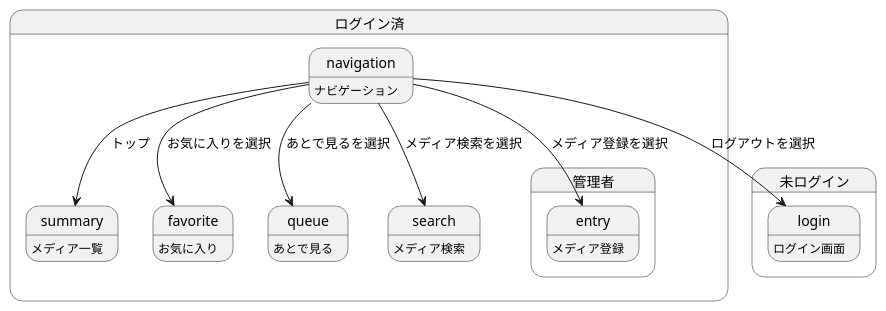
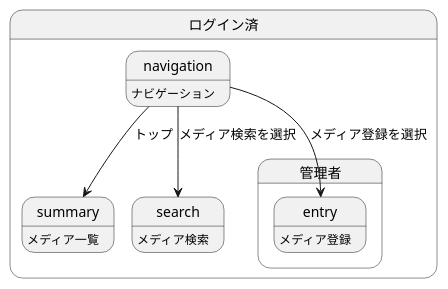
The diagram in doc/6_ui/flow/navigation.puml (hachimitu22/MangaViewer), drawn with PlantUML before and after one commit. The commit also changed 39 other files, not shown here.

```diff
--- a/doc/6_ui/flow/navigation.puml
+++ b/doc/6_ui/flow/navigation.puml
@@ -1,27 +1,18 @@
 @startuml
-
-state "未ログイン" as UnSignin {
-    login : ログイン画面
-}
 
 state "ログイン済" as Signin {
     summary : メディア一覧
-    favorite : お気に入り
-    queue : あとで見る
     search : メディア検索
     navigation : ナビゲーション
 
     state "管理者" as Admin {
         entry : メディア登録
     }
 }
 
 ' 共通
-Signin.navigation --> UnSignin.login : ログアウトを選択
 Signin.navigation --> Signin.summary : トップ
-Signin.navigation --> Signin.favorite : お気に入りを選択
-Signin.navigation --> Signin.queue : あとで見るを選択
 Signin.navigation --> Signin.search : メディア検索を選択
 Signin.navigation --> Signin.Admin.entry : メディア登録を選択
 
 @enduml
```
